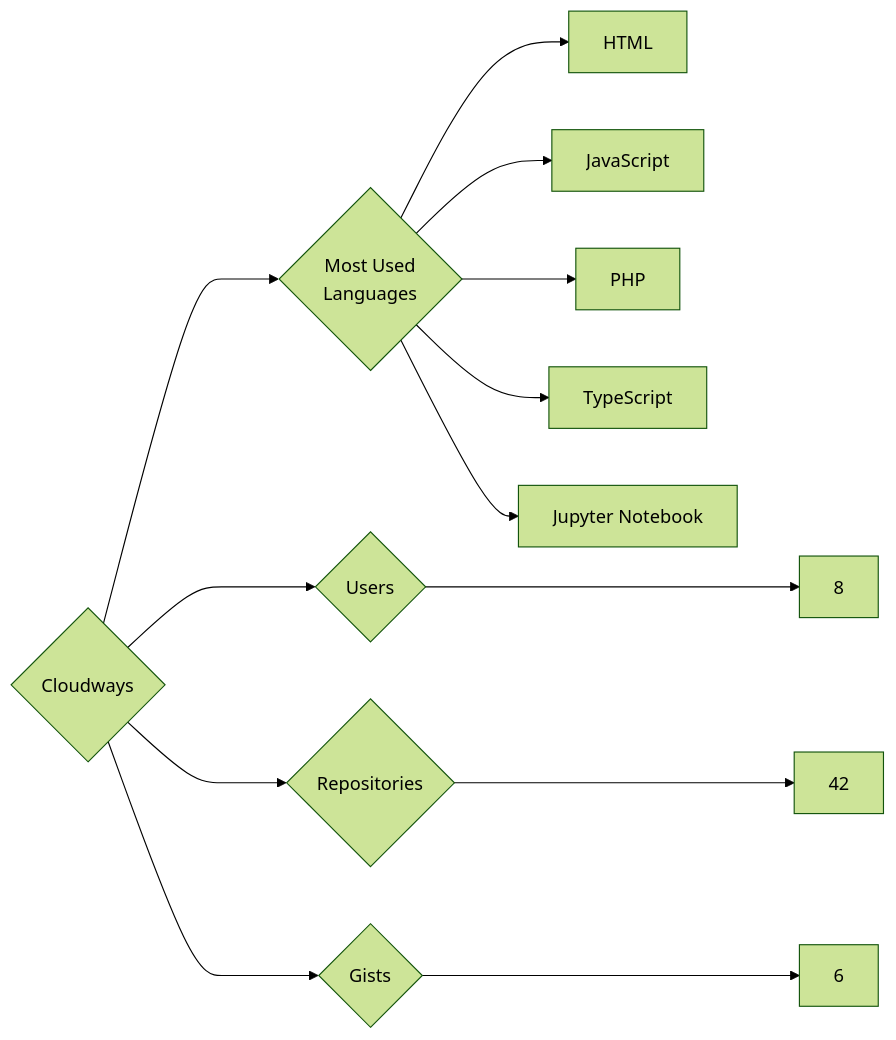
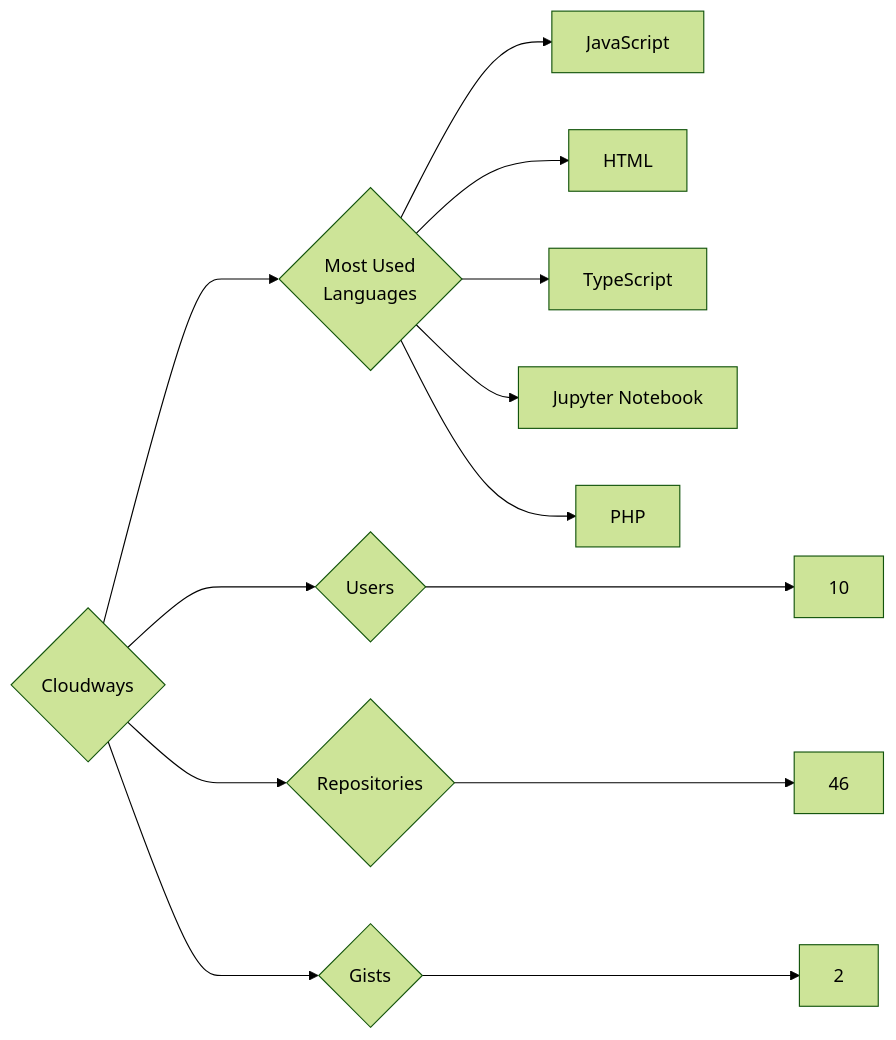
The diagram in targets/Cloudways/README.md (trickest/insiders), drawn with Mermaid (forest theme) before and after one commit. The commit also changed 930 other files, not shown here.

````diff
--- a/targets/Cloudways/README.md
+++ b/targets/Cloudways/README.md
@@ -3,13 +3,13 @@
 ```mermaid
 graph LR
 COMPANY_NAME{Cloudways}
-COMPANY_NAME ---> U{Users} ---> UN[8]
-COMPANY_NAME ---> R{Repositories} ---> RN[42]
-COMPANY_NAME ---> G{Gists} ---> GN[6]
+COMPANY_NAME ---> U{Users} ---> UN[10]
+COMPANY_NAME ---> R{Repositories} ---> RN[46]
+COMPANY_NAME ---> G{Gists} ---> GN[2]
 COMPANY_NAME ---> ML{Most Used<br>Languages}
+ML --> JavaScript[JavaScript]
 ML --> HTML[HTML]
-ML --> JavaScript[JavaScript]
-ML --> PHP[PHP]
 ML --> TypeScript[TypeScript]
 ML --> Jupyter_Notebook[Jupyter Notebook]
+ML --> PHP[PHP]
 ```
````
